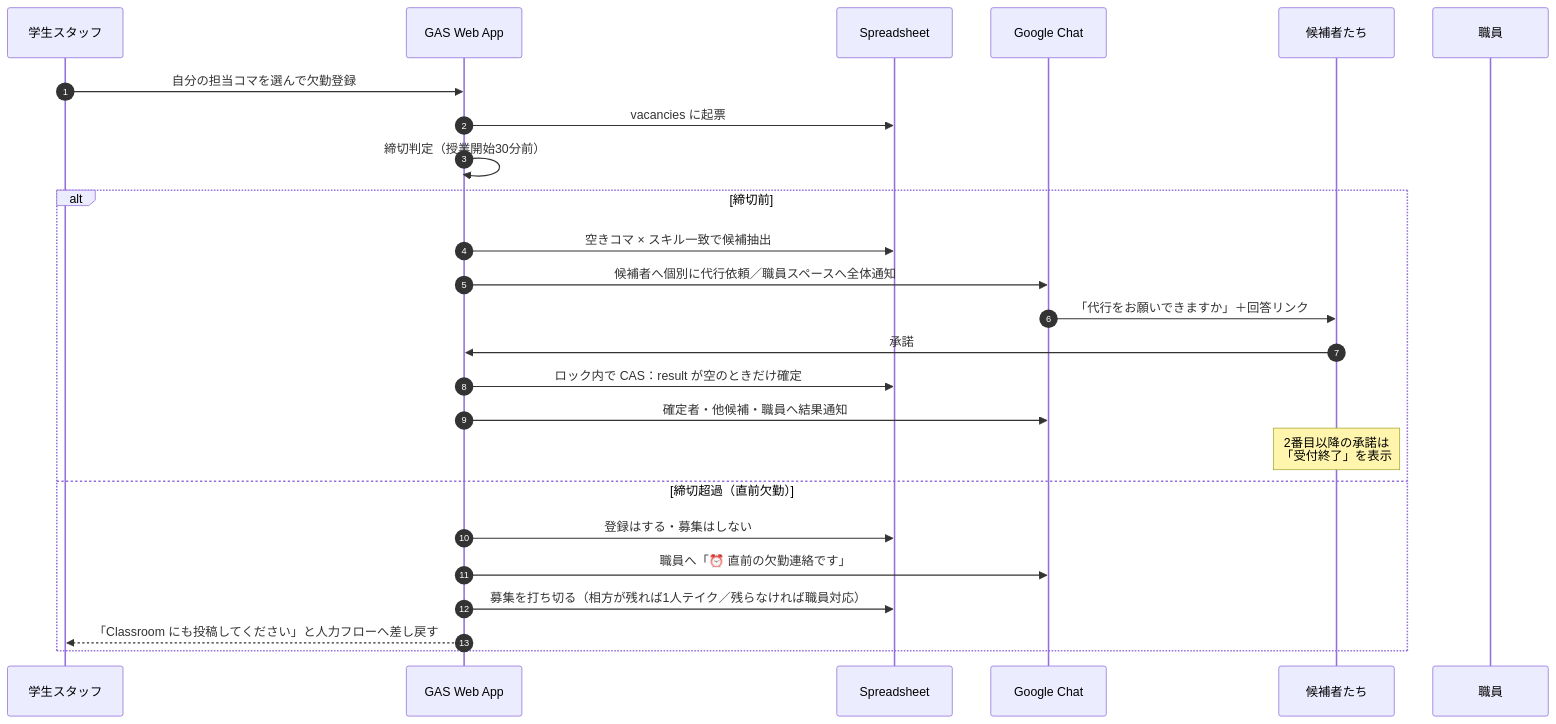
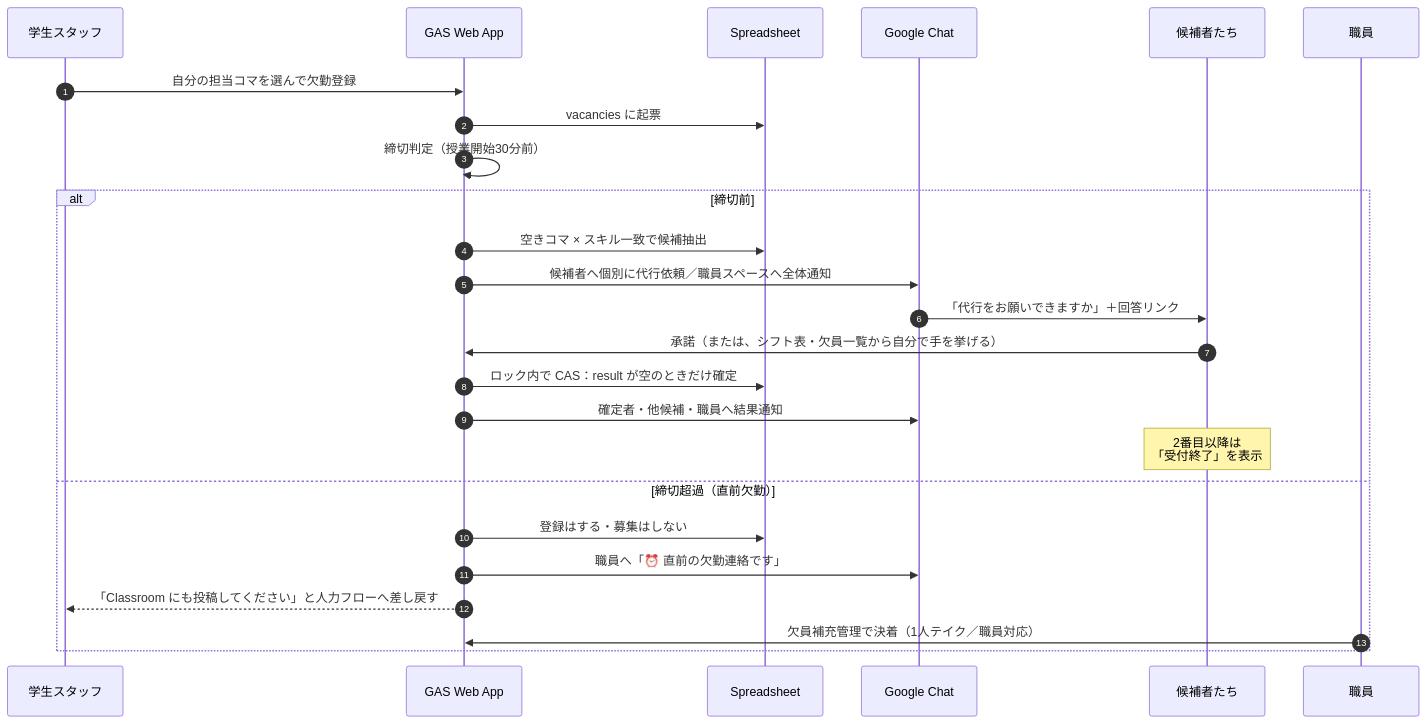
Before and after one commit to Nakano-official/takeover: the first of 3 diagrams in README.md, drawn with Mermaid. The commit also changed other lines of this file, not shown here.

````diff
--- a/README.md
+++ b/README.md
@@ -87,28 +89,28 @@
 ```mermaid
 sequenceDiagram
   autonumber
   participant St as 学生スタッフ
   participant App as GAS Web App
   participant DB as Spreadsheet
   participant Chat as Google Chat
   participant Cand as 候補者たち
   participant Of as 職員
 
   St->>App: 自分の担当コマを選んで欠勤登録
   App->>DB: vacancies に起票
   App->>App: 締切判定（授業開始30分前）
   alt 締切前
     App->>DB: 空きコマ × スキル一致で候補抽出
     App->>Chat: 候補者へ個別に代行依頼／職員スペースへ全体通知
     Chat->>Cand: 「代行をお願いできますか」＋回答リンク
-    Cand->>App: 承諾
+    Cand->>App: 承諾（または、シフト表・欠員一覧から自分で手を挙げる）
     App->>DB: ロック内で CAS：result が空のときだけ確定
     App->>Chat: 確定者・他候補・職員へ結果通知
-    Note over Cand: 2番目以降の承諾は<br/>「受付終了」を表示
+    Note over Cand: 2番目以降は<br/>「受付終了」を表示
   else 締切超過（直前欠勤）
     App->>DB: 登録はする・募集はしない
     App->>Chat: 職員へ「⏰ 直前の欠勤連絡です」
-    App->>DB: 募集を打ち切る（相方が残れば1人テイク／残らなければ職員対応）
     App-->>St: 「Classroom にも投稿してください」と人力フローへ差し戻す
+    Of->>App: 欠員補充管理で決着（1人テイク／職員対応）
   end
 ```
````
